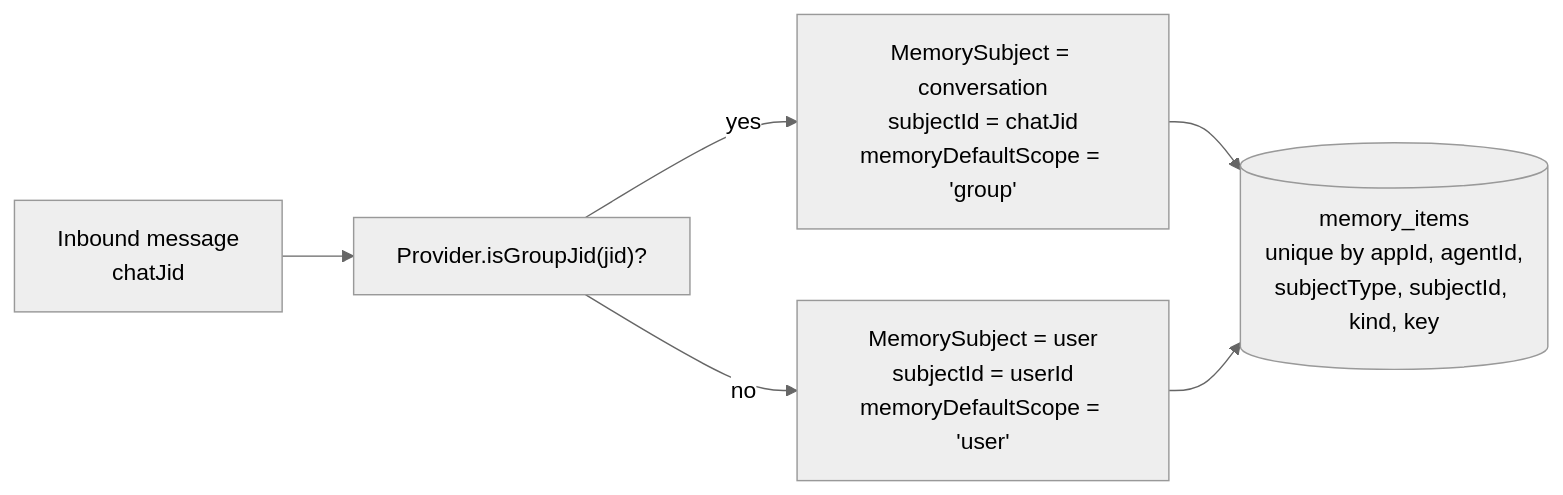
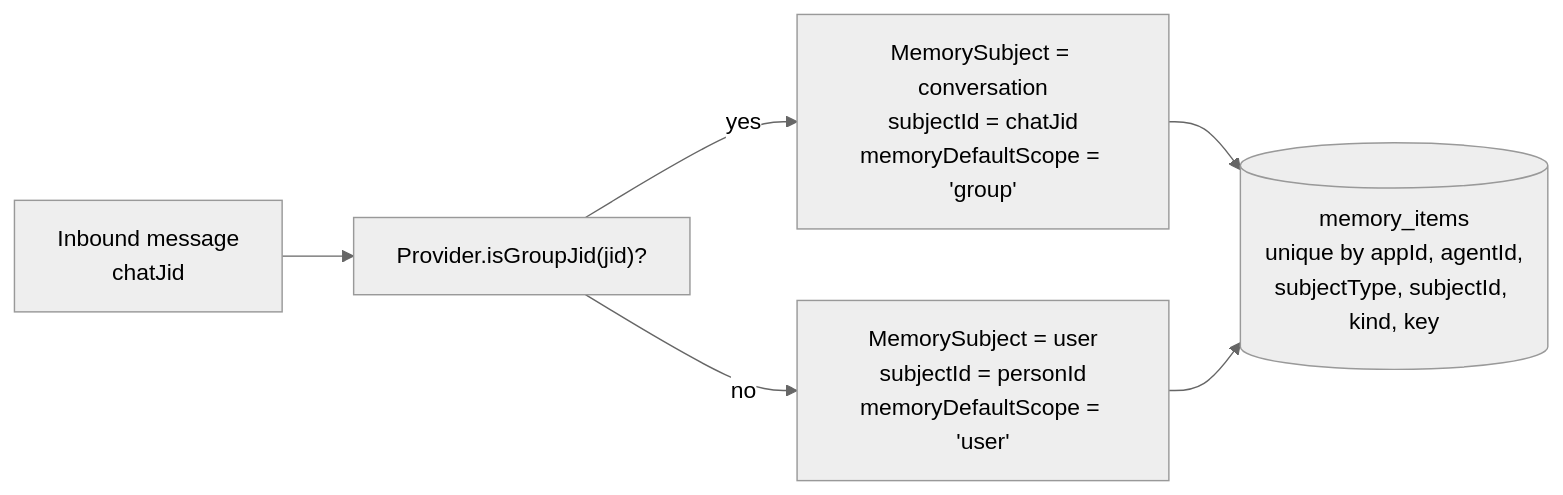
Before and after one commit to knacklabs/gantry: the second of 2 diagrams in docs/MEMORY.md, drawn with Mermaid (neutral theme). The commit also changed other lines of this file and 31 other files, not shown here.

````diff
--- a/docs/MEMORY.md
+++ b/docs/MEMORY.md
@@ -269,8 +269,8 @@
 ```mermaid
 flowchart LR
   In[Inbound message<br/>chatJid] --> IsGroup["Provider.isGroupJid(jid)?"]
   IsGroup -- yes --> Conv["MemorySubject = conversation<br/>subjectId = chatJid<br/>memoryDefaultScope = 'group'"]
-  IsGroup -- no --> User["MemorySubject = user<br/>subjectId = userId<br/>memoryDefaultScope = 'user'"]
+  IsGroup -- no --> User["MemorySubject = user<br/>subjectId = personId<br/>memoryDefaultScope = 'user'"]
   Conv --> Items[(memory_items<br/>unique by appId, agentId,<br/>subjectType, subjectId, kind, key)]
   User --> Items
 ```
````
